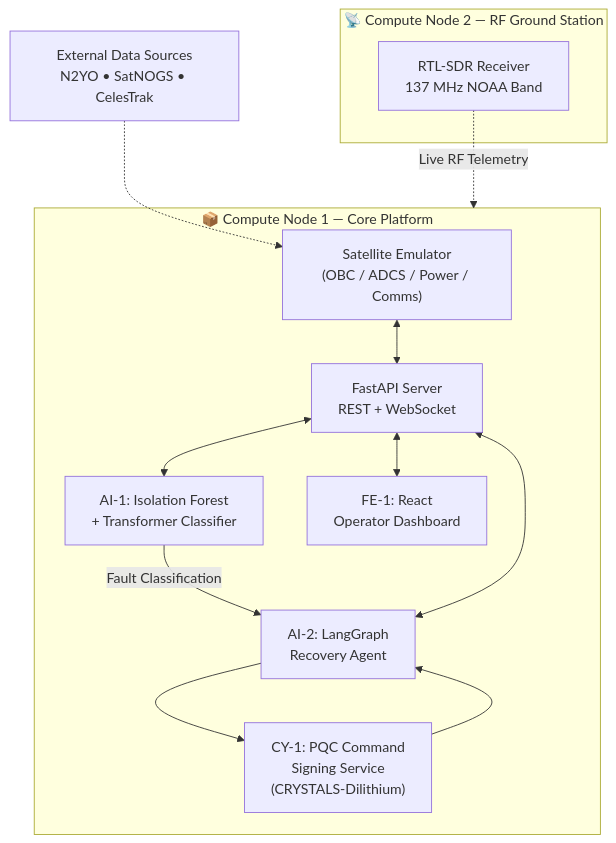
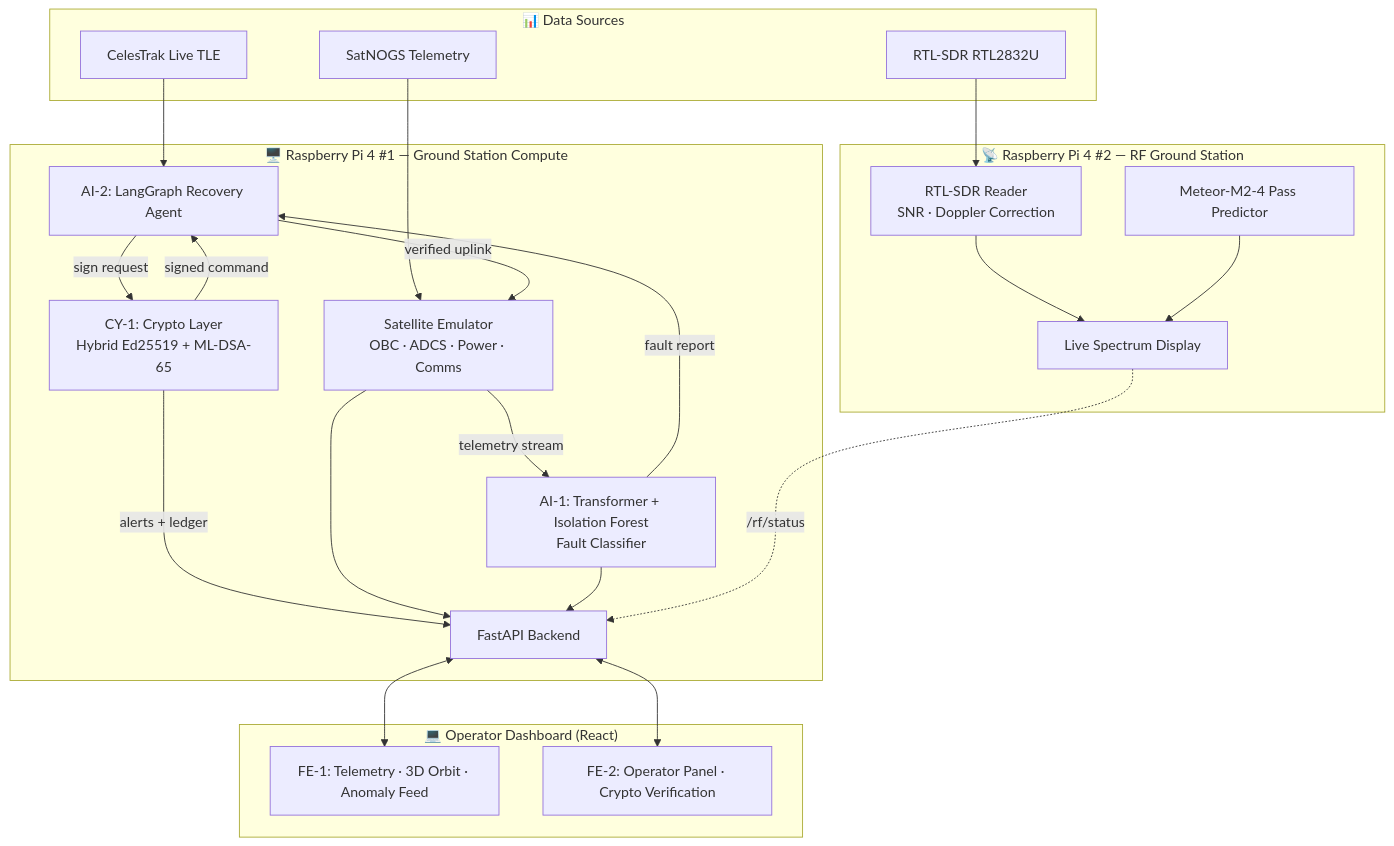
One commit to DevashyaManojbhaiJethva/DEADSAT-RESURRECTION changed the first of 2 diagrams in README.md. Above: the diagram before and after it, drawn with Mermaid. The commit also changed other lines of this file, not shown here.

````diff
--- a/README.md
+++ b/README.md
@@ -91,28 +166,45 @@
 ```mermaid
-graph TB
-    subgraph PI1["📦 Compute Node 1 — Core Platform"]
-        EMU["Satellite Emulator<br/>(OBC / ADCS / Power / Comms)"]
-        API["FastAPI Server<br/>REST + WebSocket"]
-        ML["AI-1: Isolation Forest<br/>+ Transformer Classifier"]
-        AGENT["AI-2: LangGraph<br/>Recovery Agent"]
-        SIGN["CY-1: PQC Command<br/>Signing Service<br/>(CRYSTALS-Dilithium)"]
-        DASH["FE-1: React<br/>Operator Dashboard"]
-
-        EMU <--> API
-        API <--> ML
-        ML -- "Fault Classification" --> AGENT
-        AGENT <--> API
-        AGENT --> SIGN
-        SIGN --> AGENT
-        API <--> DASH
+flowchart TB
+    subgraph DATA["📊 Data Sources"]
+        TLE[CelesTrak Live TLE]
+        SATNOGS[SatNOGS Telemetry]
+        RTLSDR[RTL-SDR RTL2832U]
     end
 
-    subgraph PI2["📡 Compute Node 2 — RF Ground Station"]
-        SDR["RTL-SDR Receiver<br/>137 MHz NOAA Band"]
+    subgraph PI1["🖥️ Raspberry Pi 4 #1 — Ground Station Compute"]
+        EMU["Satellite Emulator<br/>OBC · ADCS · Power · Comms"]
+        AI1["AI-1: Transformer + Isolation Forest<br/>Fault Classifier"]
+        AI2["AI-2: LangGraph Recovery Agent"]
+        CRYPTO["CY-1: Crypto Layer<br/>Hybrid Ed25519 + ML-DSA-65"]
+        API["FastAPI Backend"]
     end
 
-    EXT["External Data Sources<br/>N2YO • SatNOGS • CelesTrak"]
+    subgraph PI2["📡 Raspberry Pi 4 #2 — RF Ground Station"]
+        RFREAD["RTL-SDR Reader<br/>SNR · Doppler Correction"]
+        PREDICT["Meteor-M2-4 Pass Predictor"]
+        SPECTRUM["Live Spectrum Display"]
+    end
 
-    EXT -.-> EMU
-    SDR -.->|"Live RF Telemetry"| PI1
+    subgraph UI["💻 Operator Dashboard (React)"]
+        FE1["FE-1: Telemetry · 3D Orbit · Anomaly Feed"]
+        FE2["FE-2: Operator Panel · Crypto Verification"]
+    end
+
+    SATNOGS --> EMU
+    TLE --> AI2
+    EMU -->|telemetry stream| AI1
+    AI1 -->|fault report| AI2
+    AI2 -->|sign request| CRYPTO
+    CRYPTO -->|signed command| AI2
+    AI2 -->|verified uplink| EMU
+    CRYPTO -->|alerts + ledger| API
+    EMU --> API
+    AI1 --> API
+    API <--> FE1
+    API <--> FE2
+
+    RTLSDR --> RFREAD
+    RFREAD --> SPECTRUM
+    PREDICT --> SPECTRUM
+    SPECTRUM -.->|/rf/status| API
 ```
````
